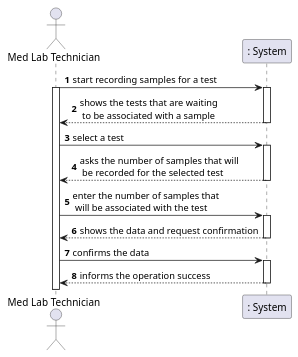
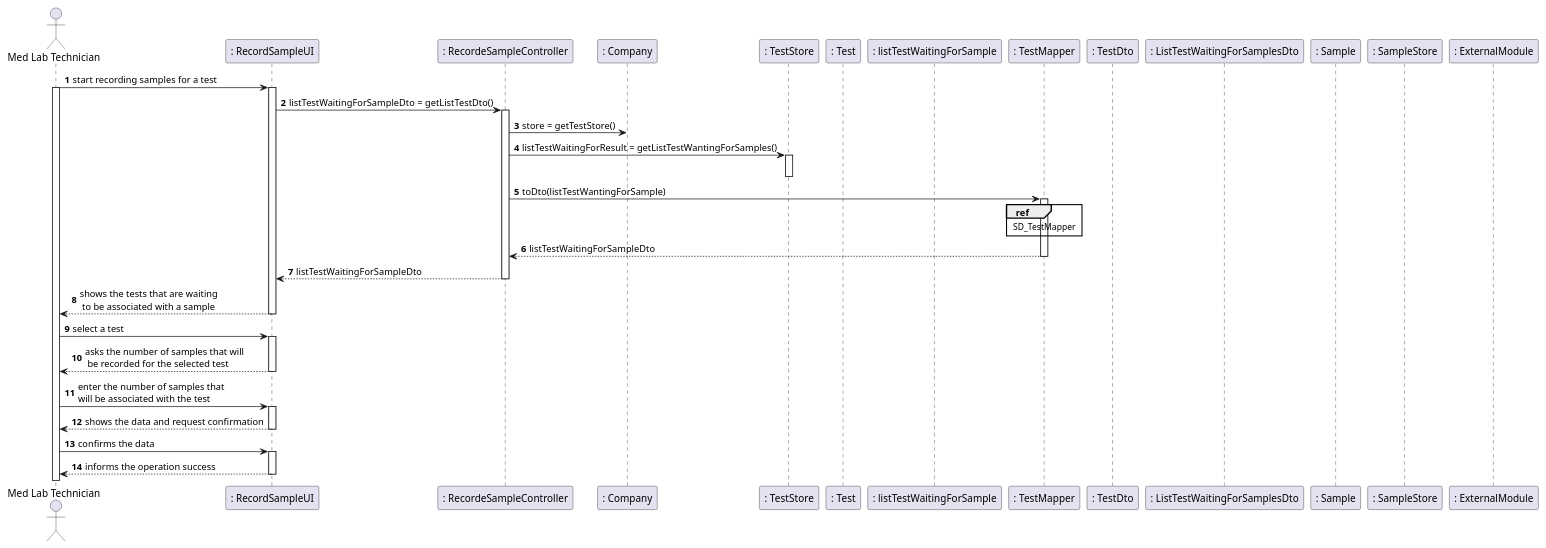
Before and after one commit to manu-07-ela/LAPR2_ISEP: the diagram in docs/SprintC/US05/US05_SD.puml, drawn with PlantUML. The commit also changed other lines of this file and 5 other files, not shown here.

```diff
--- a/docs/SprintC/US05/US05_SD.puml
+++ b/docs/SprintC/US05/US05_SD.puml
@@ -1,26 +1,62 @@
 @startuml
-'https://plantuml.com/sequence-diagram
-
 autonumber
 actor "Med Lab Technician" as MEDLAB
-participant ": System" as SYSTEM
+participant ": RecordSampleUI" as UI
+participant ": RecordeSampleController" as CONTROLLER
+participant ": Company" as COMPANY
+participant ": TestStore" as TESTSTORE
+participant ": Test" as TEST
+participant ": listTestWaitingForSample" as TESTLIST
+participant ": TestMapper" as MAPPER
+participant ": TestDto" as TESTDTO
+participant ": ListTestWaitingForSamplesDto" as TESTDTOLIST
+participant ": Sample" as SAMPLE
+participant ": SampleStore" as SAMPLESTORE
+participant ": ExternalModule" as EXTERNALMODULE
 
 
-MEDLAB -> SYSTEM : start recording samples for a test
-activate SYSTEM
+
+
+
+
+
+MEDLAB -> UI : start recording samples for a test
 activate MEDLAB
-SYSTEM --> MEDLAB : shows the tests that are waiting \n to be associated with a sample
-deactivate SYSTEM
-MEDLAB -> SYSTEM : select a test
-activate SYSTEM
-SYSTEM --> MEDLAB : asks the number of samples that will \n be recorded for the selected test
-deactivate SYSTEM
-MEDLAB ->SYSTEM : enter the number of samples that \n will be associated with the test
-activate SYSTEM
-SYSTEM --> MEDLAB : shows the data and request confirmation
-deactivate SYSTEM
-MEDLAB -> SYSTEM : confirms the data
-activate SYSTEM
-SYSTEM --> MEDLAB : informs the operation success
-deactivate SYSTEM
+activate UI
+UI -> CONTROLLER : listTestWaitingForSampleDto = getListTestDto()
+activate CONTROLLER
+CONTROLLER -> COMPANY : store = getTestStore()
+CONTROLLER -> TESTSTORE : listTestWaitingForResult = getListTestWantingForSamples()
+activate TESTSTORE
+deactivate TESTSTORE
+CONTROLLER -> MAPPER : toDto(listTestWantingForSample)
+activate MAPPER
+ref over MAPPER
+SD_TestMapper
+end ref
+
+MAPPER-->CONTROLLER : listTestWaitingForSampleDto
+deactivate MAPPER
+CONTROLLER --> UI : listTestWaitingForSampleDto
+
+
+
+
+deactivate CONTROLLER
+
+UI --> MEDLAB : shows the tests that are waiting \n to be associated with a sample
+deactivate UI
+MEDLAB -> UI : select a test
+activate UI
+UI --> MEDLAB : asks the number of samples that will \n be recorded for the selected test
+deactivate UI
+MEDLAB ->UI : enter the number of samples that \nwill be associated with the test
+
+activate UI
+UI --> MEDLAB : shows the data and request confirmation
+deactivate UI
+MEDLAB -> UI : confirms the data
+activate UI
+UI --> MEDLAB : informs the operation success
+deactivate UI
 @enduml
```
